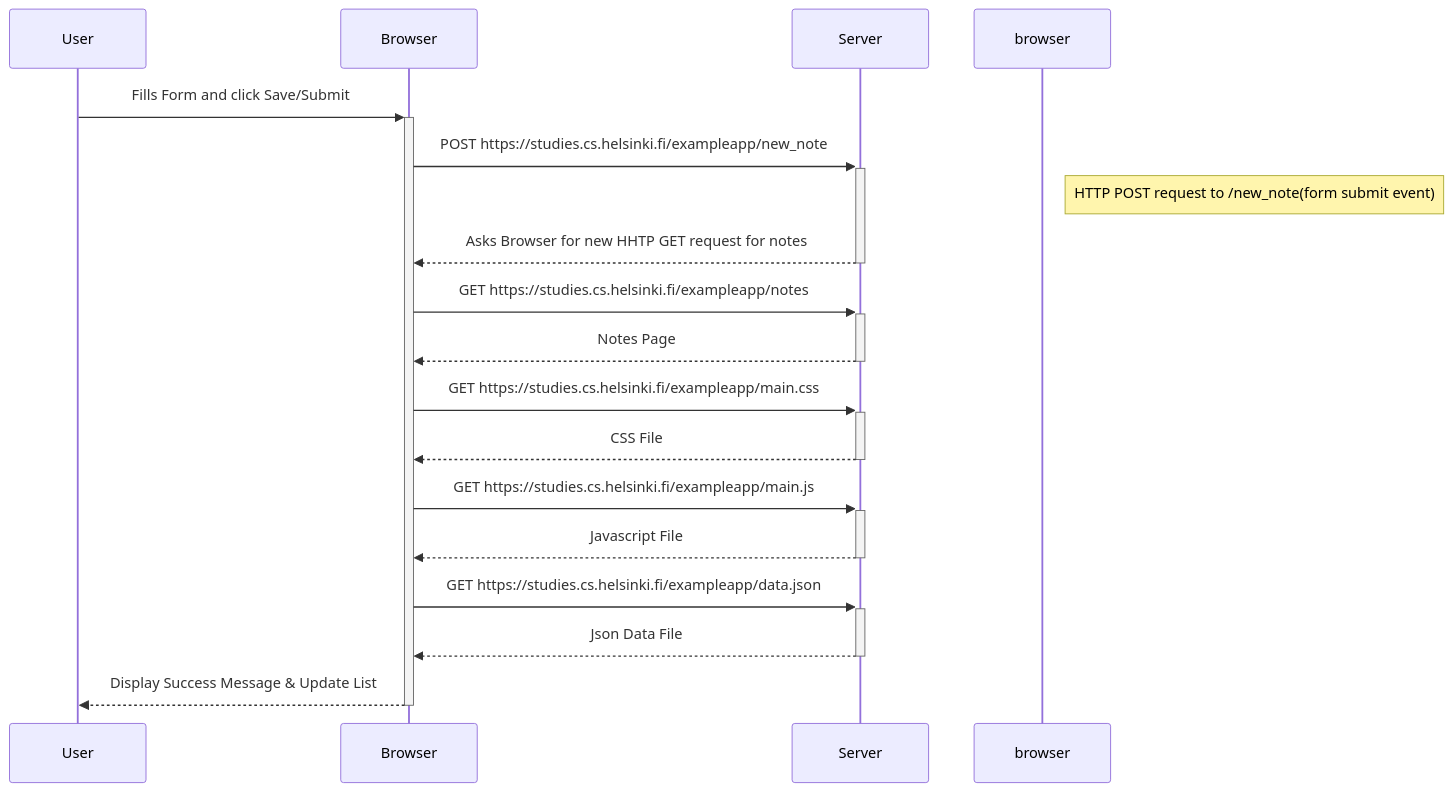
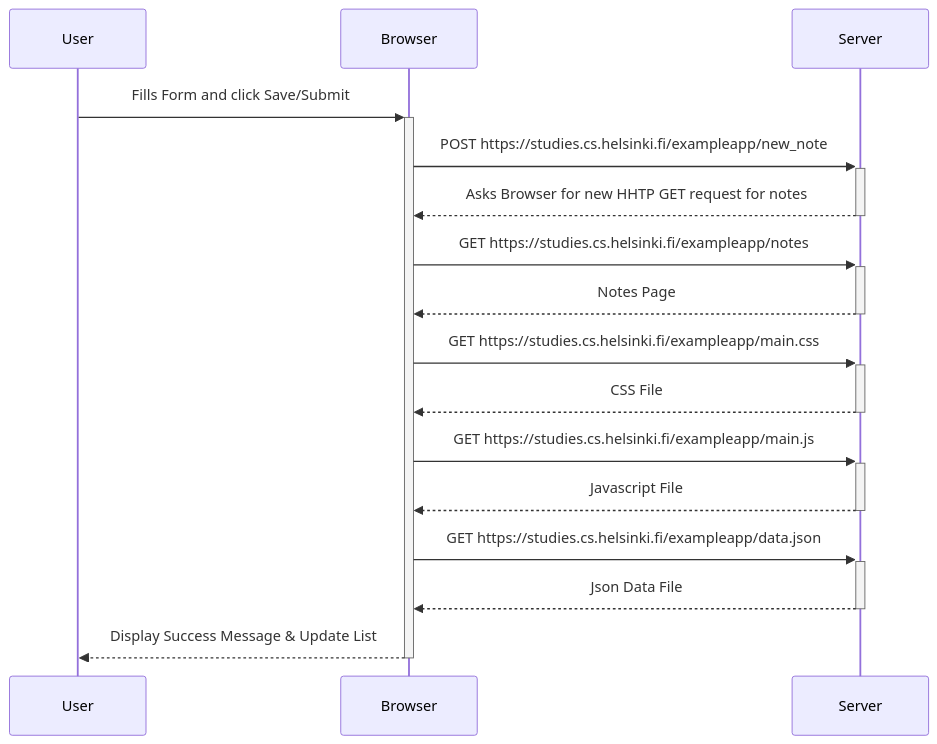
Before and after one commit to mruduljohn/fullstackopen: the diagram in part0/0.4.md, drawn with Mermaid. The commit also changed other lines of this file, not shown here.

````diff
--- a/part0/0.4.md
+++ b/part0/0.4.md
@@ -3,20 +2,19 @@
 ```mermaid
 sequenceDiagram
     participant User
     participant Browser
     participant Server
     User->>+Browser: Fills Form and click Save/Submit
     Browser->>+Server: POST https://studies.cs.helsinki.fi/exampleapp/new_note
-    Note right of browser: HTTP POST request to /new_note(form submit event)
     Server-->>-Browser: Asks Browser for new HHTP GET request for notes
     Browser->>+Server: GET https://studies.cs.helsinki.fi/exampleapp/notes
     Server-->>-Browser: Notes Page
     Browser->>+Server: GET https://studies.cs.helsinki.fi/exampleapp/main.css
     Server-->>-Browser: CSS File
     Browser->>+Server: GET https://studies.cs.helsinki.fi/exampleapp/main.js
     Server-->>-Browser: Javascript File
     Browser->>+Server: GET https://studies.cs.helsinki.fi/exampleapp/data.json
     Server-->>-Browser: Json Data File
     Browser-->>-User: Display Success Message & Update List
 
 ```
````
